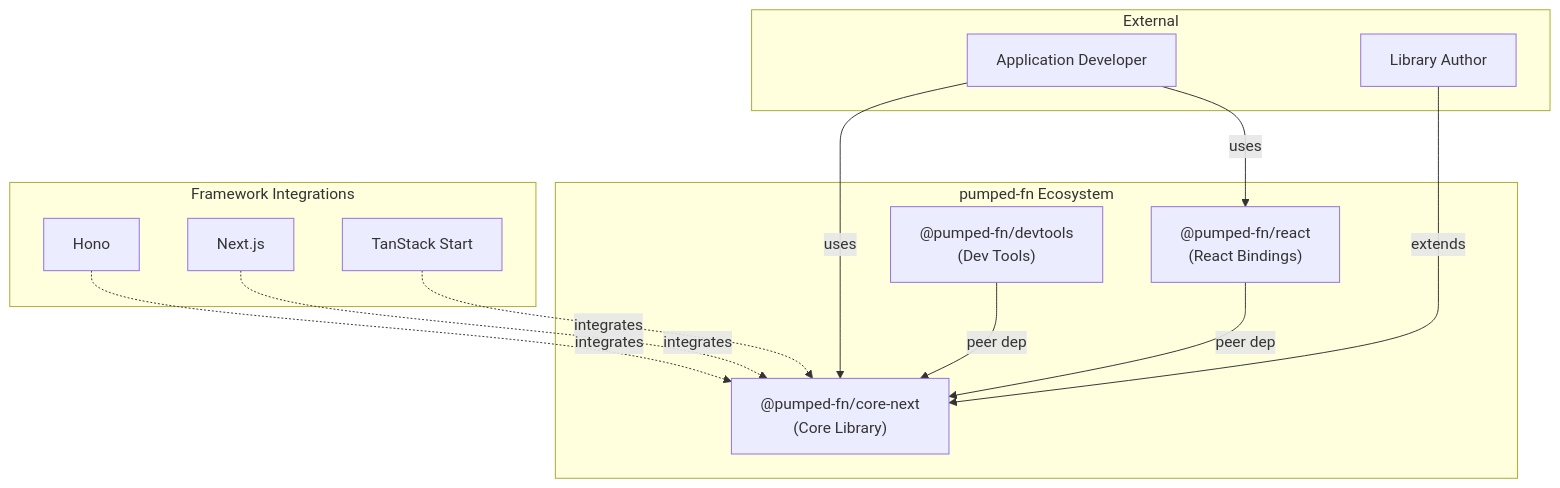
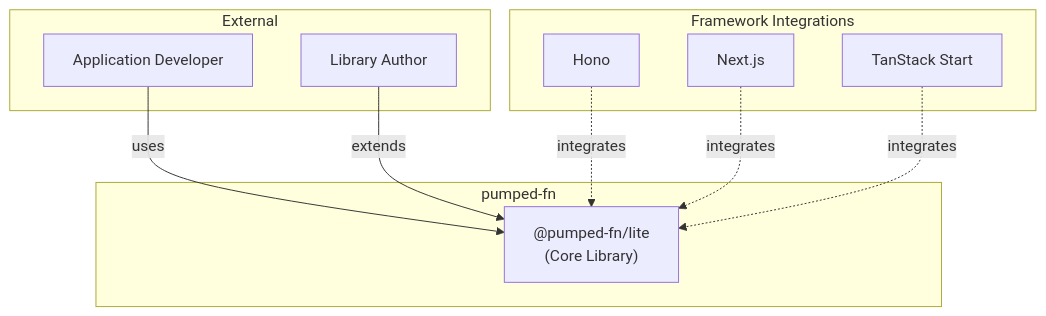
The diagram in .c3/README.md (pumped-fn/pumped-fn), drawn with Mermaid before and after one commit. The commit also changed other lines of this file and 134 other files, not shown here.

````diff
--- a/.c3/README.md
+++ b/.c3/README.md
@@ -26,30 +27,24 @@
 ```mermaid
 graph TB
     subgraph "External"
         AppDev[Application Developer]
         LibAuthor[Library Author]
     end
 
-    subgraph "pumped-fn Ecosystem"
-        Core["@pumped-fn/core-next<br/>(Core Library)"]
-        React["@pumped-fn/react<br/>(React Bindings)"]
-        Devtools["@pumped-fn/devtools<br/>(Dev Tools)"]
+    subgraph "pumped-fn"
+        Lite["@pumped-fn/lite<br/>(Core Library)"]
     end
 
     subgraph "Framework Integrations"
         Hono[Hono]
         NextJS[Next.js]
         TanStack[TanStack Start]
     end
 
-    AppDev -->|uses| Core
-    AppDev -->|uses| React
-    LibAuthor -->|extends| Core
+    AppDev -->|uses| Lite
+    LibAuthor -->|extends| Lite
 
-    React -->|peer dep| Core
-    Devtools -->|peer dep| Core
-
-    Hono -.->|integrates| Core
-    NextJS -.->|integrates| Core
-    TanStack -.->|integrates| Core
+    Hono -.->|integrates| Lite
+    NextJS -.->|integrates| Lite
+    TanStack -.->|integrates| Lite
 ```
````
